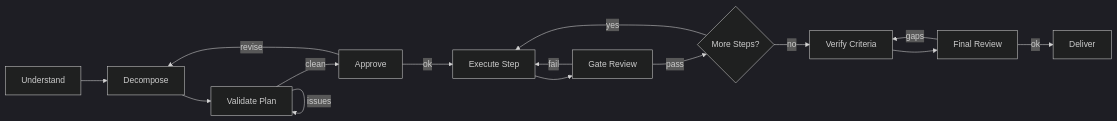
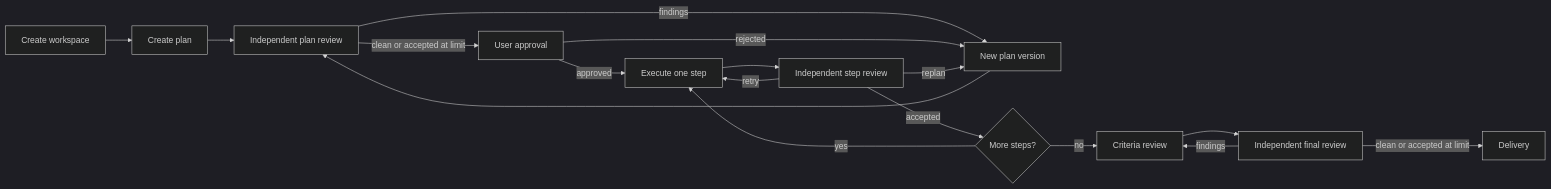
Before and after one commit to moira-mcp/moira: the diagram in packages/docs/src/content/docs/docs/reference/workflows/robust-task.mdx, drawn with Mermaid (dark theme). The commit also changed other lines of this file and 91 other files, not shown here.

First line of the commit message:
feat(workflows): apply robust flow refactor bundle

````diff
--- a/packages/docs/src/content/docs/docs/reference/workflows/robust-task.mdx
+++ b/packages/docs/src/content/docs/docs/reference/workflows/robust-task.mdx
@@ -22,17 +20,19 @@
 ```mermaid
 flowchart LR
-    A[Understand] --> B[Decompose]
-    B --> C[Validate Plan]
-    C -->|issues| C
-    C -->|clean| D[Approve]
-    D -->|revise| B
-    D -->|ok| E[Execute Step]
-    E --> F[Gate Review]
-    F -->|fail| E
-    F -->|pass| G{More Steps?}
-    G -->|yes| E
-    G -->|no| H[Verify Criteria]
-    H --> I[Final Review]
-    I -->|gaps| H
-    I -->|ok| J[Deliver]
+    A[Create workspace] --> B[Create plan]
+    B --> C[Independent plan review]
+    C -->|findings| D[New plan version]
+    D --> C
+    C -->|clean or accepted at limit| E[User approval]
+    E -->|rejected| D
+    E -->|approved| F[Execute one step]
+    F --> G[Independent step review]
+    G -->|retry| F
+    G -->|replan| D
+    G -->|accepted| H{More steps?}
+    H -->|yes| F
+    H -->|no| I[Criteria review]
+    I --> J[Independent final review]
+    J -->|findings| I
+    J -->|clean or accepted at limit| K[Delivery]
 ```
````
